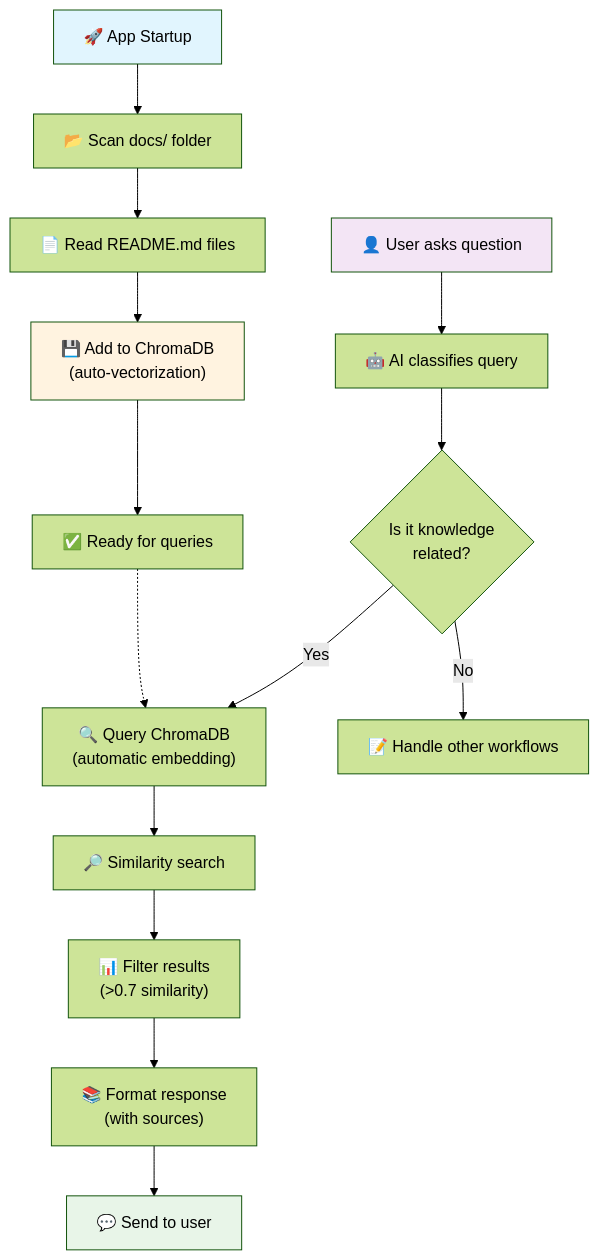
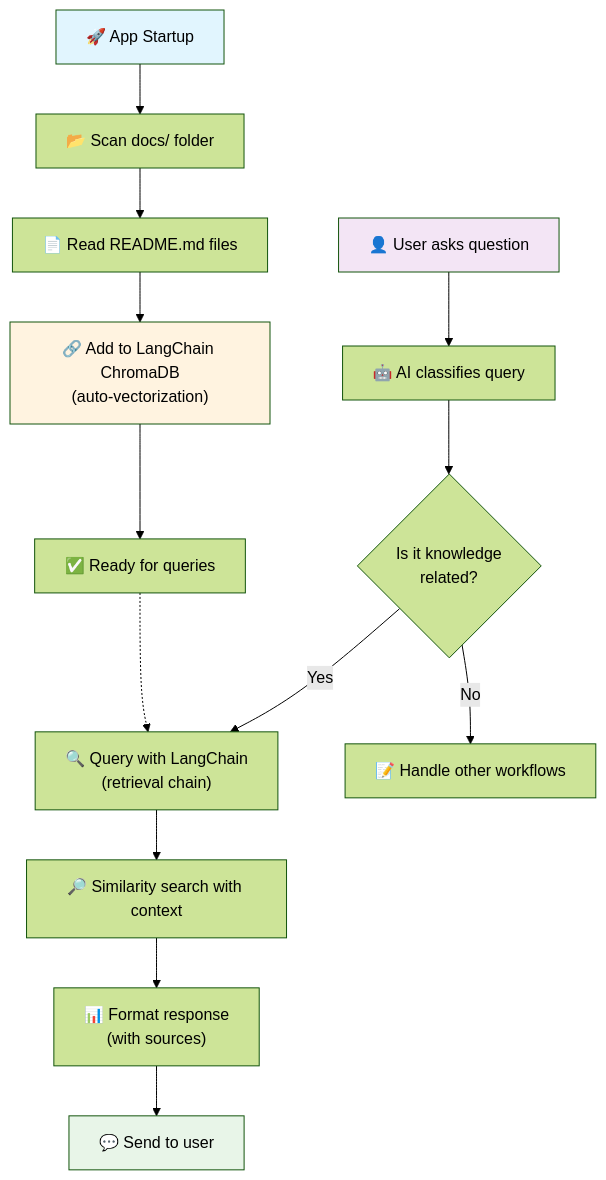
One commit to ai-oncall/ai-oncall changed the diagram in docs/03-knowledge-base-search.md. Above: the diagram before and after it, drawn with Mermaid (forest theme). The commit also changed other lines of this file and 5 other files, not shown here.

````diff
--- a/docs/03-knowledge-base-search.md
+++ b/docs/03-knowledge-base-search.md
@@ -9,24 +9,23 @@
 ```mermaid
 flowchart TD
     A["🚀 App Startup"] --> B["📂 Scan docs/ folder"]
     B --> C["📄 Read README.md files"]
-    C --> D["💾 Add to ChromaDB<br/>(auto-vectorization)"]
+    C --> D["🔗 Add to LangChain ChromaDB<br/>(auto-vectorization)"]
     D --> E["✅ Ready for queries"]
     
     F["👤 User asks question"] --> G["🤖 AI classifies query"]
     G --> H{"Is it knowledge<br/>related?"}
-    H -->|Yes| I["🔍 Query ChromaDB<br/>(automatic embedding)"]
+    H -->|Yes| I["🔍 Query with LangChain<br/>(retrieval chain)"]
     H -->|No| J["📝 Handle other workflows"]
     
-    I --> K["🔎 Similarity search"]
-    K --> L["📊 Filter results<br/>(>0.7 similarity)"]
-    L --> M["📚 Format response<br/>(with sources)"]
-    M --> N["💬 Send to user"]
+    I --> K["🔎 Similarity search with context"]
+    K --> L["📊 Format response<br/>(with sources)"]
+    L --> M["💬 Send to user"]
     
     E -.-> I
     
     style A fill:#e1f5fe
     style F fill:#f3e5f5
-    style N fill:#e8f5e8
+    style M fill:#e8f5e8
     style D fill:#fff3e0
 ```
````
